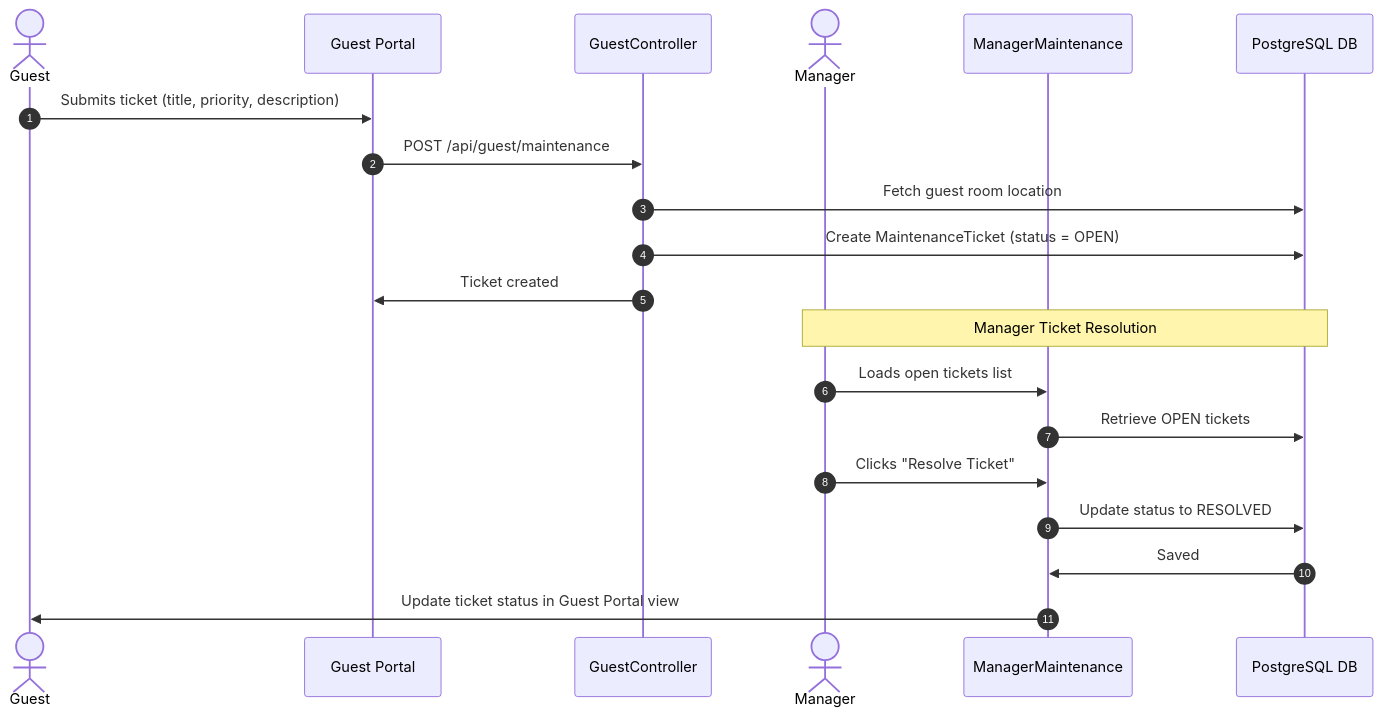
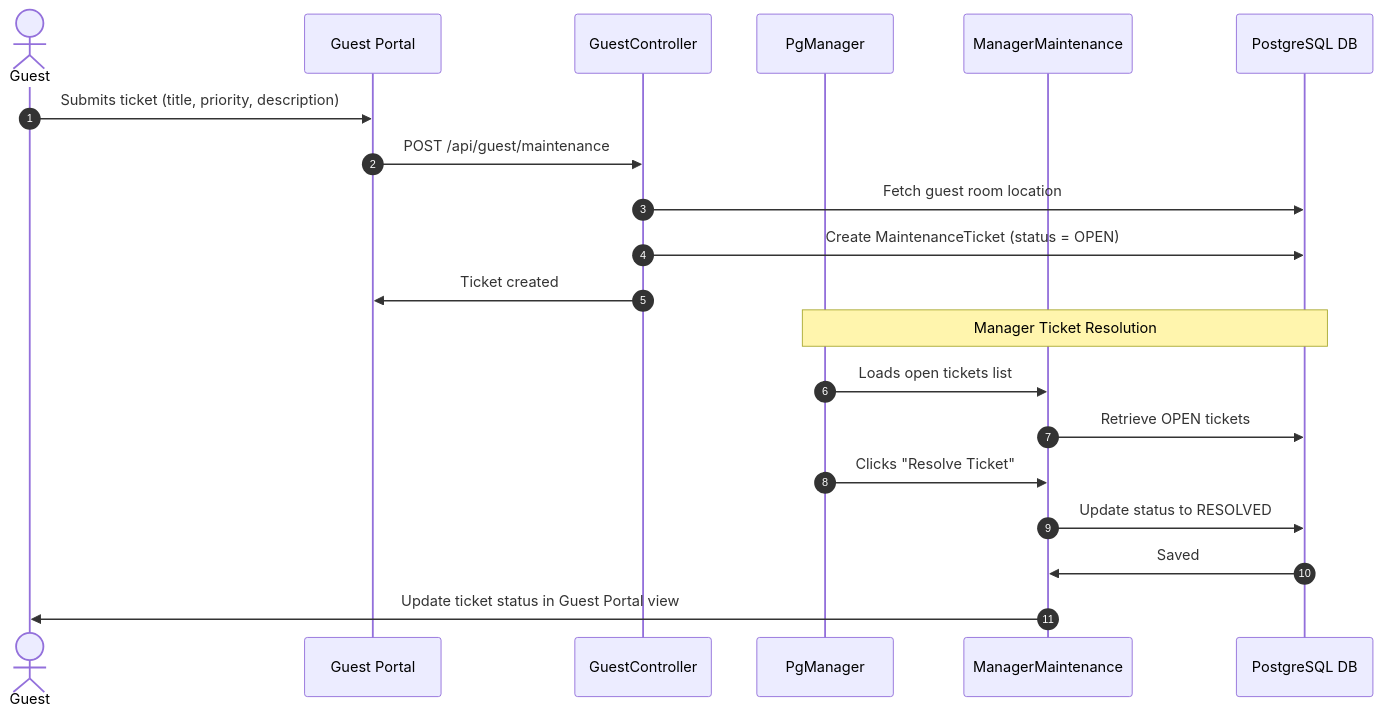
The seventh of 21 diagrams in docs/WORKFLOWS.md (rahul-0906/PG-Project), drawn with Mermaid before and after one commit. The commit also changed other lines of this file and 7 other files, not shown here.

Commit message:
Comprehensive documentation overhaul: update README, workflows, calculations, architecture registry, onboarding, and SOP files

````diff
--- a/docs/WORKFLOWS.md
+++ b/docs/WORKFLOWS.md
@@ -190,24 +206,24 @@
 ```mermaid
 sequenceDiagram
     autonumber
     actor Guest
     participant Portal as Guest Portal
     participant Controller as GuestController
-    actor Manager
+    participant Manager as PgManager
     participant MgrApp as ManagerMaintenance
     participant DB as PostgreSQL DB
 
     Guest->>Portal: Submits ticket (title, priority, description)
     Portal->>Controller: POST /api/guest/maintenance
     Controller->>DB: Fetch guest room location
     Controller->>DB: Create MaintenanceTicket (status = OPEN)
     Controller->>Portal: Ticket created
     
     Note over Manager, DB: Manager Ticket Resolution
     Manager->>MgrApp: Loads open tickets list
     MgrApp->>DB: Retrieve OPEN tickets
     Manager->>MgrApp: Clicks "Resolve Ticket"
     MgrApp->>DB: Update status to RESOLVED
     DB->>MgrApp: Saved
     MgrApp->>Guest: Update ticket status in Guest Portal view
 ```
````
